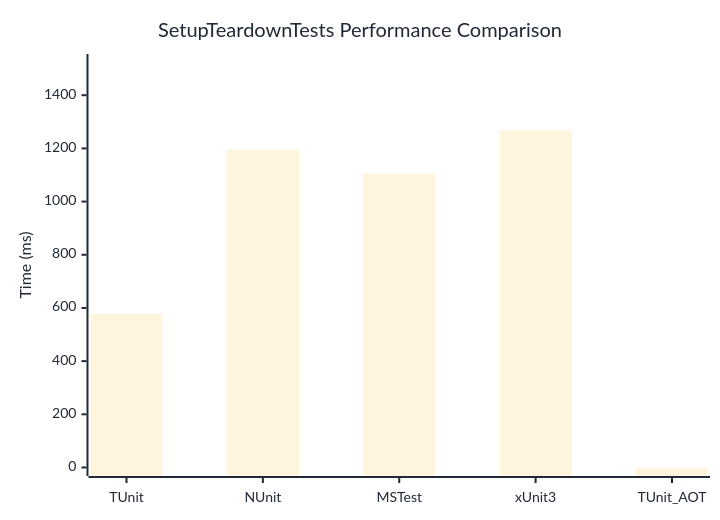
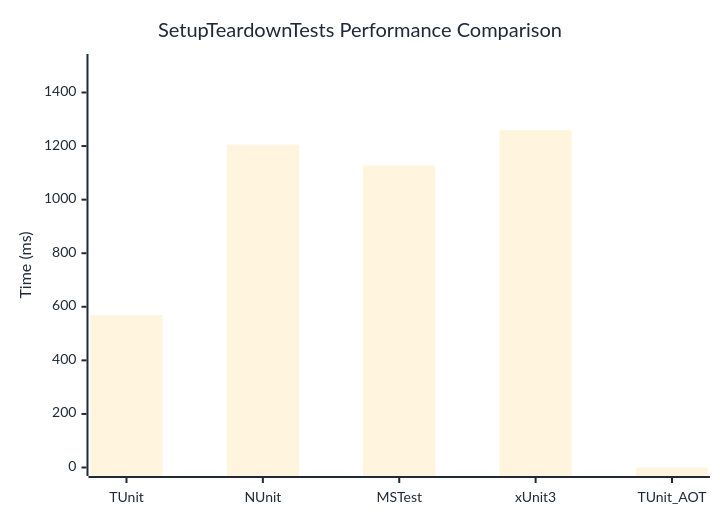
One commit to thomhurst/TUnit changed the diagram in docs/docs/benchmarks/SetupTeardownTests.md. Above: the diagram before and after it, drawn with Mermaid. The commit also changed other lines of this file and 17 other files, not shown here.

````diff
--- a/docs/docs/benchmarks/SetupTeardownTests.md
+++ b/docs/docs/benchmarks/SetupTeardownTests.md
@@ -27,37 +27,37 @@
 ```mermaid
 %%{init: {
   'theme':'base',
   'themeVariables': {
     'primaryColor': '#2563eb',
     'primaryTextColor': '#1f2937',
     'primaryBorderColor': '#1e40af',
     'lineColor': '#6b7280',
     'secondaryColor': '#7c3aed',
     'tertiaryColor': '#dc2626',
     'background': '#ffffff',
     'mainBkg': '#2563eb',
     'secondBkg': '#7c3aed',
     'tertiaryBkg': '#dc2626',
     'clusterBkg': '#f3f4f6',
     'edgeLabelBackground': '#ffffff',
     'tertiaryTextColor': '#1f2937',
     'pie1': '#2563eb',
     'pie2': '#7c3aed',
     'pie3': '#dc2626',
     'pie4': '#f59e0b',
     'pie5': '#10b981',
     'pie6': '#06b6d4',
     'pie7': '#ec4899',
     'pie8': '#6366f1',
     'pie9': '#84cc16',
     'pie10': '#f97316',
     'pie11': '#14b8a6',
     'pie12': '#a855f7'
   }
 }}%%
 xychart-beta
   title "SetupTeardownTests Performance Comparison"
   x-axis ["TUnit", "NUnit", "MSTest", "xUnit3", "TUnit_AOT"]
-  y-axis "Time (ms)" 0 --> 1523
-  bar [577.9, 1194.4, 1105.4, 1268.8, 0]
+  y-axis "Time (ms)" 0 --> 1512
+  bar [569.7, 1205.6, 1127.2, 1259.8, 0]
 ```
````
